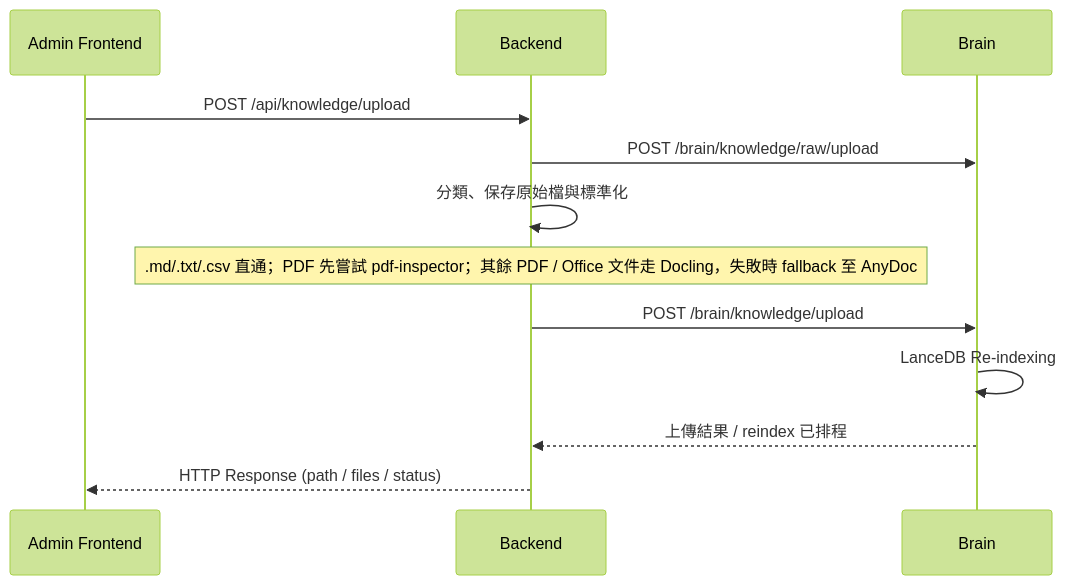
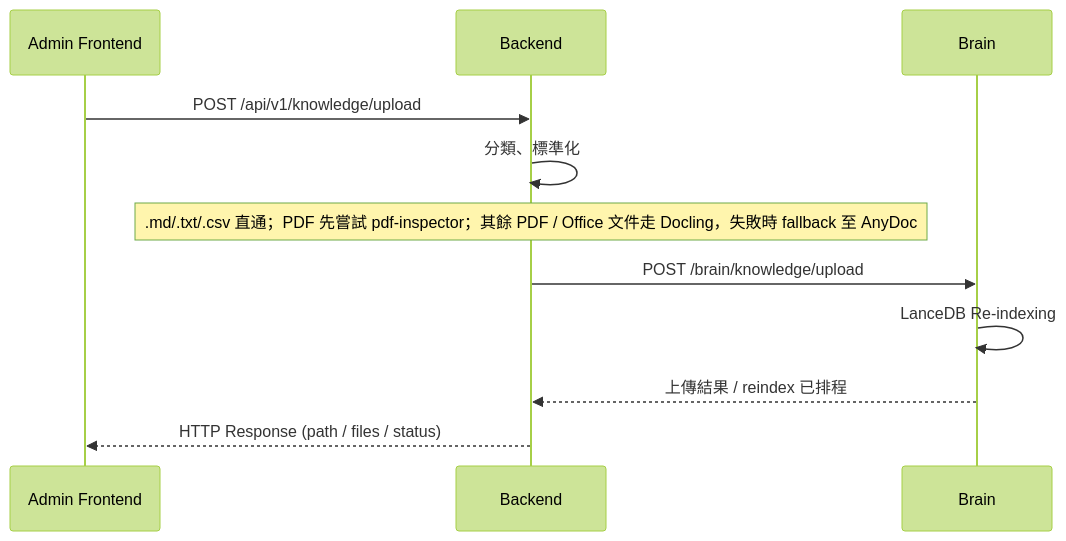
The third of 3 diagrams in docs/specs/09_API_WS_LINKAGE.md (CreateIntelligens/openVman), drawn with Mermaid (forest theme) before and after one commit. The commit also changed other lines of this file and 43 other files, not shown here.

````diff
--- a/docs/specs/09_API_WS_LINKAGE.md
+++ b/docs/specs/09_API_WS_LINKAGE.md
@@ -66,15 +72,14 @@
 ```mermaid
 sequenceDiagram
     participant A as Admin Frontend
     participant B as Backend
     participant BR as Brain
 
-    A->>B: POST /api/knowledge/upload
-    B->>BR: POST /brain/knowledge/raw/upload
-    B->>B: 分類、保存原始檔與標準化
+    A->>B: POST /api/v1/knowledge/upload
+    B->>B: 分類、標準化
     Note over B: .md/.txt/.csv 直通；PDF 先嘗試 pdf-inspector；其餘 PDF / Office 文件走 Docling，失敗時 fallback 至 AnyDoc
     B->>BR: POST /brain/knowledge/upload
     BR->>BR: LanceDB Re-indexing
     BR-->>B: 上傳結果 / reindex 已排程
     B-->>A: HTTP Response (path / files / status)
 ```
````
